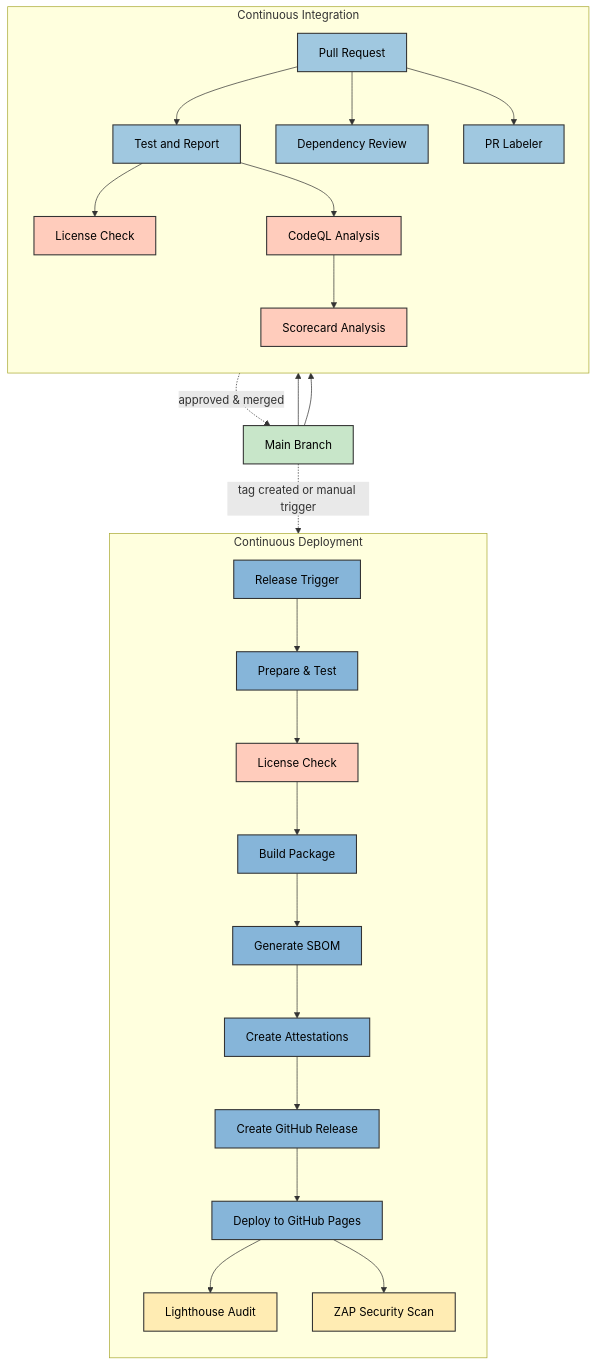
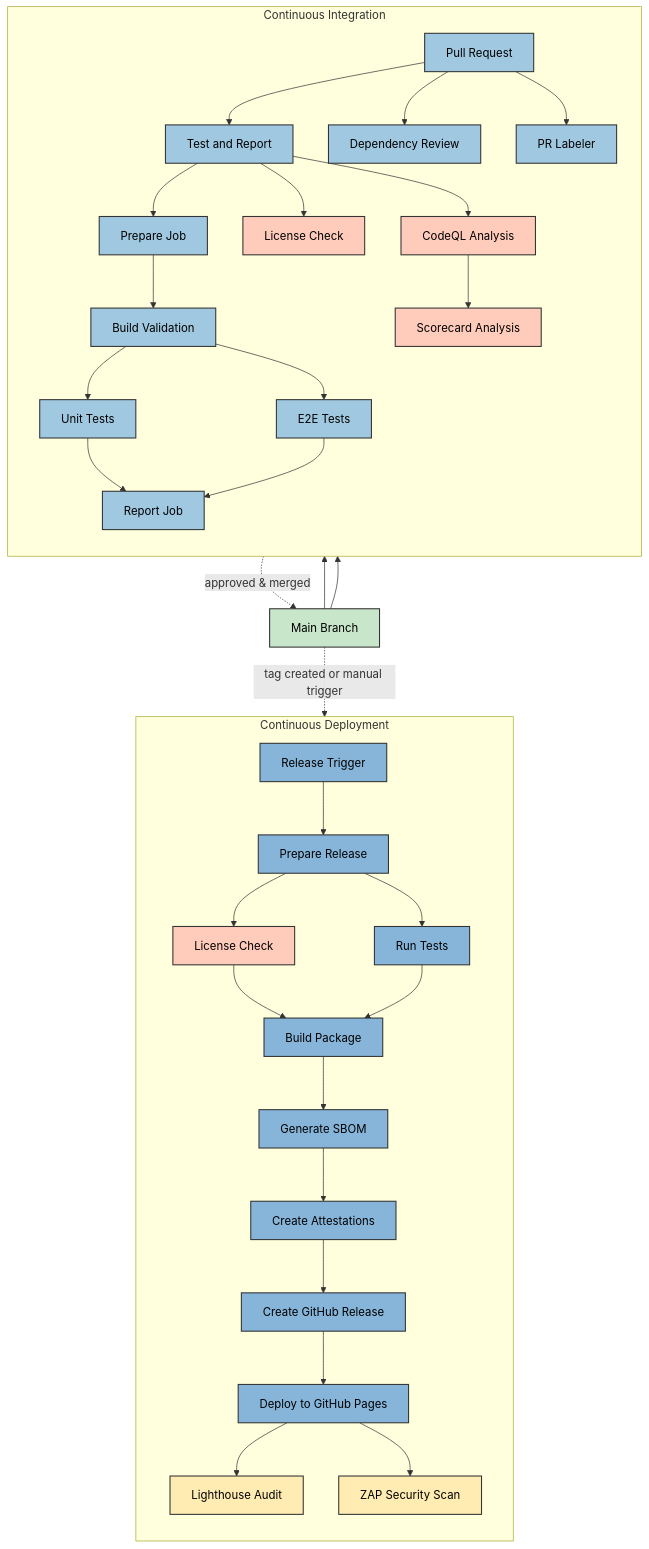
Before and after one commit to Hack23/cia-compliance-manager: the fifth of 11 diagrams in docs/architecture/WORKFLOWS.md, drawn with Mermaid. The commit also changed other lines of this file and 1 other file, not shown here.

````diff
--- a/docs/architecture/WORKFLOWS.md
+++ b/docs/architecture/WORKFLOWS.md
@@ -338,44 +467,52 @@
 ```mermaid
 flowchart TB
     subgraph "Continuous Integration"
         direction TB
         PR[Pull Request] --> TestReport[Test and Report]
         PR --> DependencyReview[Dependency Review]
         PR --> Labeler[PR Labeler]
+        TestReport --> PrepareJob[Prepare Job]
+        PrepareJob --> BuildValidation[Build Validation]
+        BuildValidation --> UnitTests[Unit Tests]
+        BuildValidation --> E2ETests[E2E Tests]
+        UnitTests --> ReportJob[Report Job]
+        E2ETests --> ReportJob
         TestReport --> LicenseCheck[License Check]
         TestReport --> CodeQL[CodeQL Analysis]
         CodeQL --> Scorecard[Scorecard Analysis]
     end
 
     subgraph "Continuous Deployment"
         direction TB
-        Release[Release Trigger] --> BuildTest[Prepare & Test]
-        BuildTest --> LicenseCheck2[License Check]
-        LicenseCheck2 --> Build[Build Package]
-        Build --> GenerateSBOM[Generate SBOM]
+        Release[Release Trigger] --> PrepareRelease[Prepare Release]
+        PrepareRelease --> LicenseCheck2[License Check]
+        PrepareRelease --> TestsRelease[Run Tests]
+        LicenseCheck2 --> BuildRelease[Build Package]
+        TestsRelease --> BuildRelease
+        BuildRelease --> GenerateSBOM[Generate SBOM]
         GenerateSBOM --> Attestations[Create Attestations]
         Attestations --> CreateRelease[Create GitHub Release]
         CreateRelease --> DeployGHPages[Deploy to GitHub Pages]
         DeployGHPages --> Lighthouse[Lighthouse Audit]
         DeployGHPages --> ZAPScan[ZAP Security Scan]
     end
 
     PR -.-> |"approved & merged"| main[Main Branch]
     main --> Scorecard
     main --> CodeQL
     main -.-> |"tag created or manual trigger"| Release
 
     %% Enhanced color styling
     classDef integration fill:#a0c8e0,stroke:#333,stroke-width:1.5px,color:black
     classDef deployment fill:#86b5d9,stroke:#333,stroke-width:1.5px,color:black
     classDef process fill:#c8e6c9,stroke:#333,stroke-width:1.5px,color:black
     classDef trigger fill:#bbdefb,stroke:#333,stroke-width:1.5px,color:black
     classDef security fill:#ffccbc,stroke:#333,stroke-width:1.5px,color:black
     classDef audit fill:#ffecb3,stroke:#333,stroke-width:1.5px,color:black
 
-    class PR,TestReport,DependencyReview,Labeler integration
+    class PR,TestReport,DependencyReview,Labeler,PrepareJob,BuildValidation,UnitTests,E2ETests,ReportJob integration
     class CodeQL,Scorecard,LicenseCheck,LicenseCheck2 security
-    class Release,BuildTest,Build,CreateRelease,DeployGHPages,GenerateSBOM,Attestations deployment
+    class Release,PrepareRelease,BuildRelease,CreateRelease,DeployGHPages,GenerateSBOM,Attestations,TestsRelease deployment
     class Lighthouse,ZAPScan audit
     class main process
 ```
````
